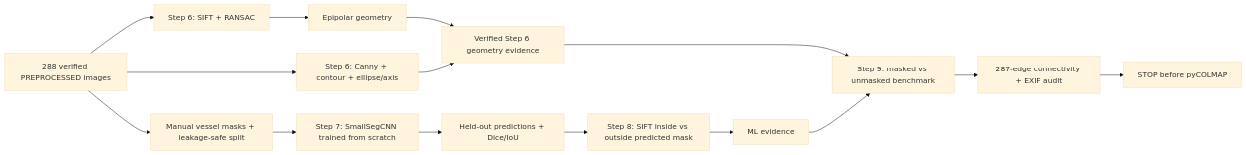
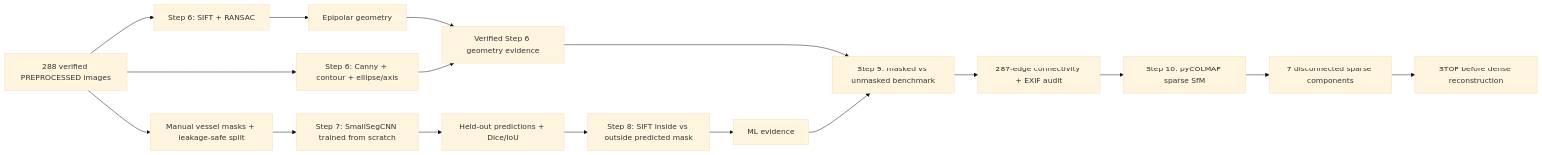
The diagram in README.md (PracticalSwan/thai-libation-brass-vessel-3d-reconstruction), drawn with Mermaid (base theme) before and after one commit. The commit also changed other lines of this file and 96 other files, not shown here.

Commit message:
feat(sfm): complete sparse reconstruction

````diff
--- a/README.md
+++ b/README.md
@@ -107,17 +129,19 @@
 ```mermaid
 flowchart LR
     A[288 verified PREPROCESSED images] --> B[Step 6: SIFT + RANSAC]
     B --> C[Epipolar geometry]
     A --> D[Step 6: Canny + contour + ellipse/axis]
     A --> E[Manual vessel masks + leakage-safe split]
     E --> F[Step 7: SmallSegCNN trained from scratch]
     F --> G[Held-out predictions + Dice/IoU]
     G --> H[Step 8: SIFT inside vs outside predicted mask]
     C --> I[Verified Step 6 geometry evidence]
     D --> I
     H --> J[ML evidence]
     I --> K[Step 9: masked vs unmasked benchmark]
     J --> K
     K --> L[287-edge connectivity + EXIF audit]
-    L --> M[STOP before pyCOLMAP]
+    L --> M[Step 10: pyCOLMAP sparse SfM]
+    M --> N[7 disconnected sparse components]
+    N --> O[STOP before dense reconstruction]
 ```
````
